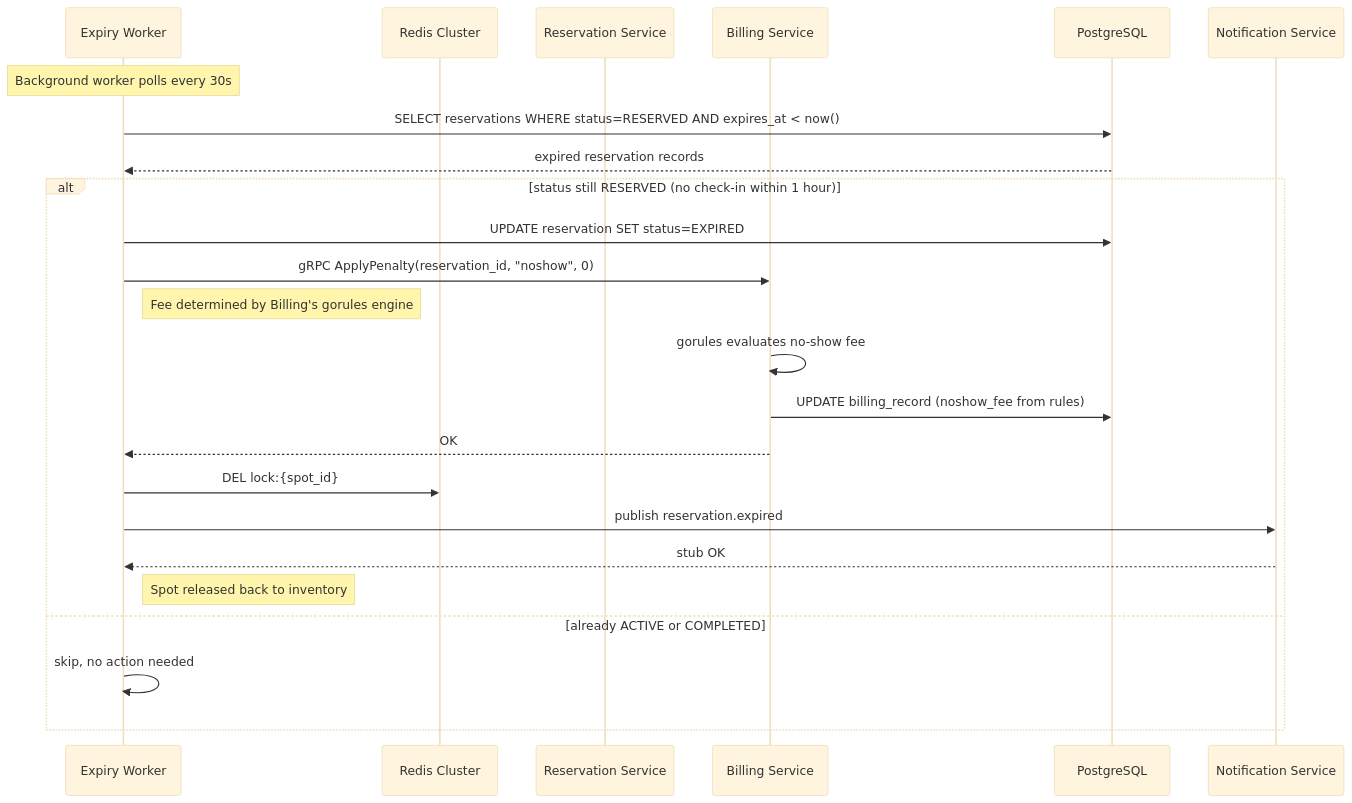
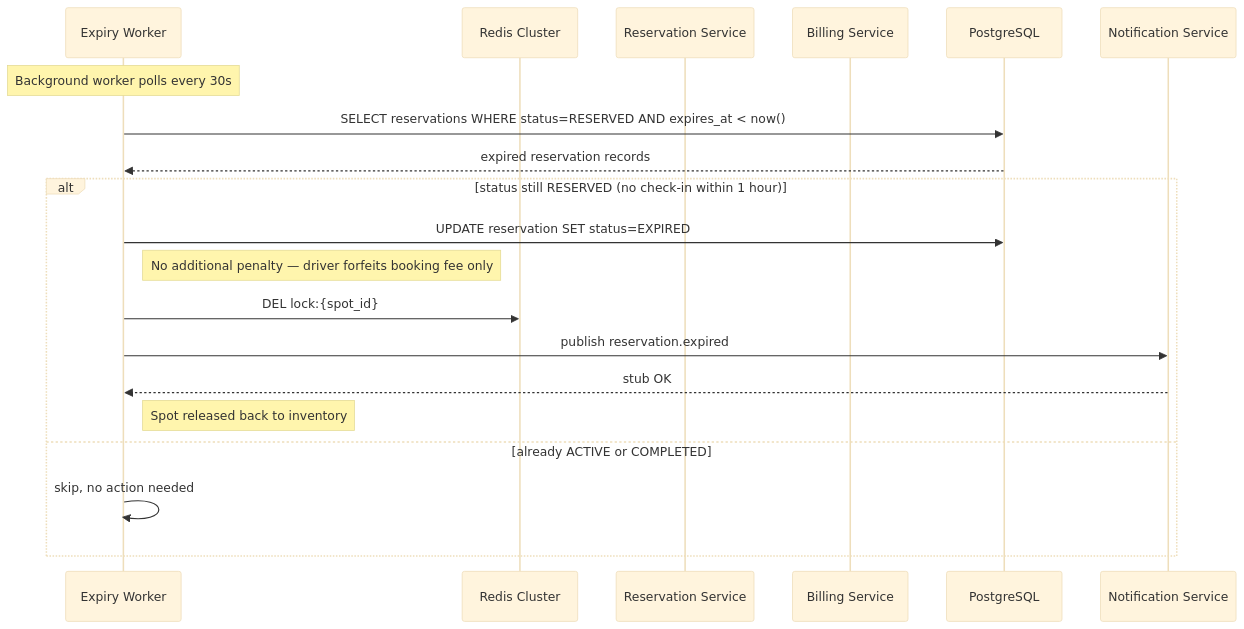
Before and after one commit to ParkirPintar/parkir-pintar-backend: diagram 18 of 23 in README.md, drawn with Mermaid (base theme). The commit also changed other lines of this file and 9 other files, not shown here.

Commit message:
fix(billing): remove no-show penalty fee and simplify pricing model

````diff
--- a/README.md
+++ b/README.md
@@ -1252,28 +1249,24 @@
 ```mermaid
 sequenceDiagram
     participant Worker as Expiry Worker
     participant Redis as Redis Cluster
     participant Reservation as Reservation Service
     participant Billing as Billing Service
     participant DB as PostgreSQL
     participant Notif as Notification Service
 
     note over Worker: Background worker polls every 30s
     Worker->>DB: SELECT reservations WHERE status=RESERVED AND expires_at < now()
     DB-->>Worker: expired reservation records
 
     alt status still RESERVED (no check-in within 1 hour)
         Worker->>DB: UPDATE reservation SET status=EXPIRED
-        Worker->>Billing: gRPC ApplyPenalty(reservation_id, "noshow", 0)
-        note right of Worker: Fee determined by Billing's gorules engine
-        Billing->>Billing: gorules evaluates no-show fee
-        Billing->>DB: UPDATE billing_record (noshow_fee from rules)
-        Billing-->>Worker: OK
+        note right of Worker: No additional penalty — driver forfeits booking fee only
         Worker->>Redis: DEL lock:{spot_id}
         Worker->>Notif: publish reservation.expired
         Notif-->>Worker: stub OK
         note right of Worker: Spot released back to inventory
     else already ACTIVE or COMPLETED
         Worker->>Worker: skip, no action needed
     end
 ```
````
